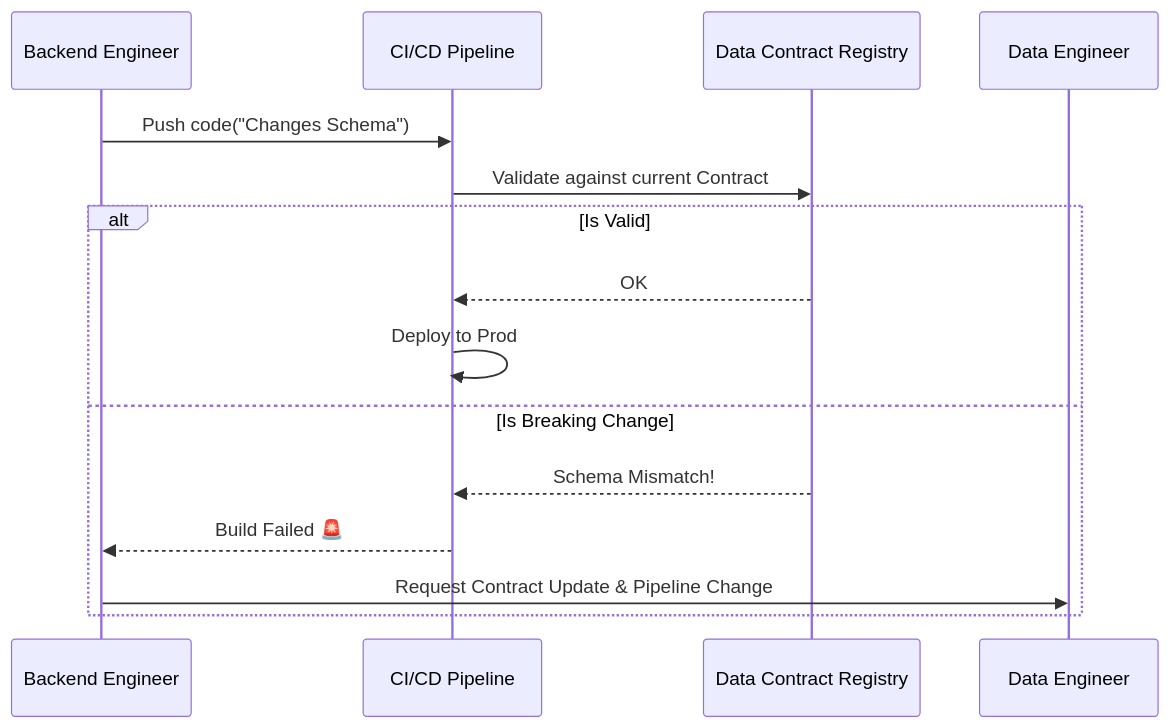
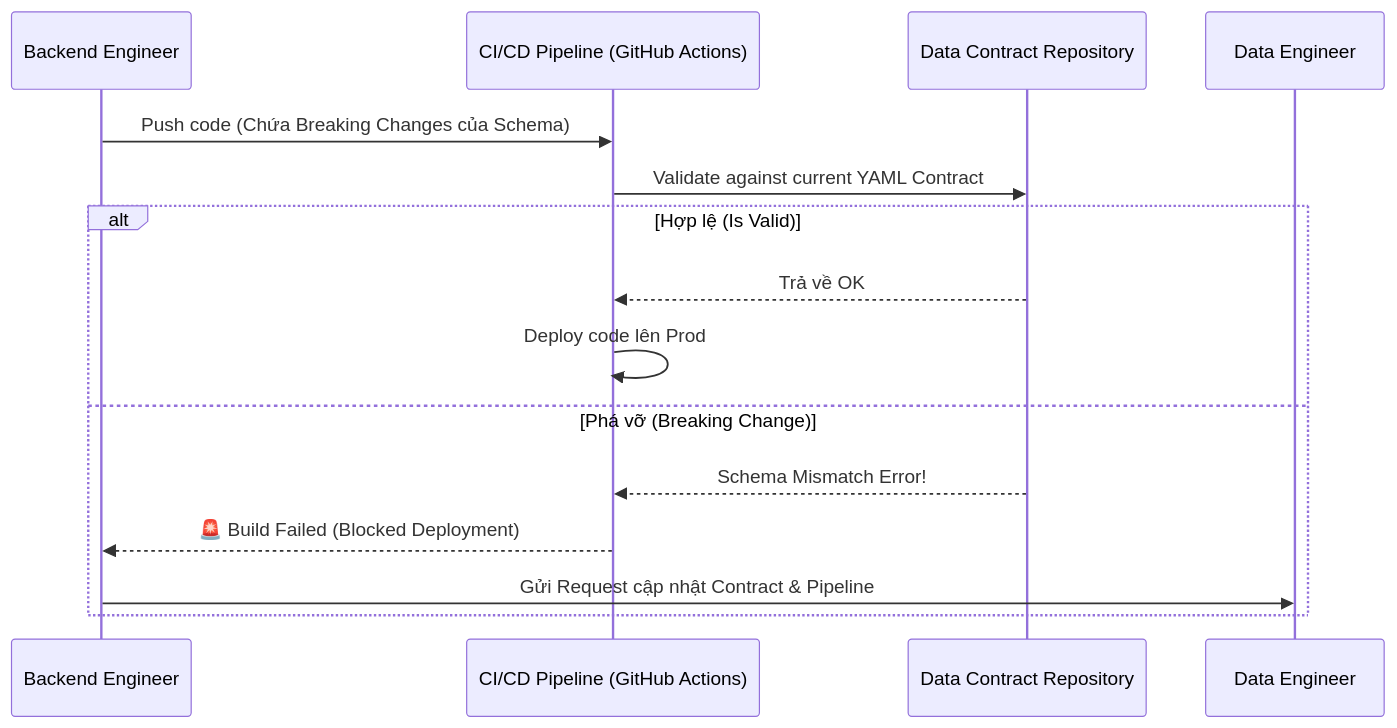
Before and after one commit to kythuatdulieu/kythuatdulieu.github.io: the second of 2 diagrams in src/content/docs/concepts/7-dataops-orchestration-quality/schema-drift.md, drawn with Mermaid. The commit also changed other lines of this file and 228 other files, not shown here.

Commit message:
Fix syntax and rewrite 200+ concepts docs to deep-dive system architecture and add GA4 tracking to quiz app

````diff
--- a/src/content/docs/concepts/7-dataops-orchestration-quality/schema-drift.md
+++ b/src/content/docs/concepts/7-dataops-orchestration-quality/schema-drift.md
@@ -165,18 +169,19 @@
 ```mermaid
 sequenceDiagram
     participant BE as Backend Engineer
-    participant CI as CI/CD Pipeline
-    participant Registry as Data Contract Registry
+    participant CI as CI/CD Pipeline (GitHub Actions)
+    participant Registry as Data Contract Repository
     participant DE as Data Engineer
 
-    BE->>CI: Push code("Changes Schema")
-    CI->>Registry: Validate against current Contract
-    alt Is Valid
-        Registry-->>CI: OK
-        CI->>CI: Deploy to Prod
-    else Is Breaking Change
-        Registry-->>CI: Schema Mismatch!
-        CI-->>BE: Build Failed 🚨
-        BE->>DE: Request Contract Update & Pipeline Change
+    BE->>CI: Push code (Chứa Breaking Changes của Schema)
+    CI->>Registry: Validate against current YAML Contract
+    
+    alt Hợp lệ (Is Valid)
+        Registry-->>CI: Trả về OK
+        CI->>CI: Deploy code lên Prod
+    else Phá vỡ (Breaking Change)
+        Registry-->>CI: Schema Mismatch Error!
+        CI-->>BE: 🚨 Build Failed (Blocked Deployment)
+        BE->>DE: Gửi Request cập nhật Contract & Pipeline
     end
 ```
````
